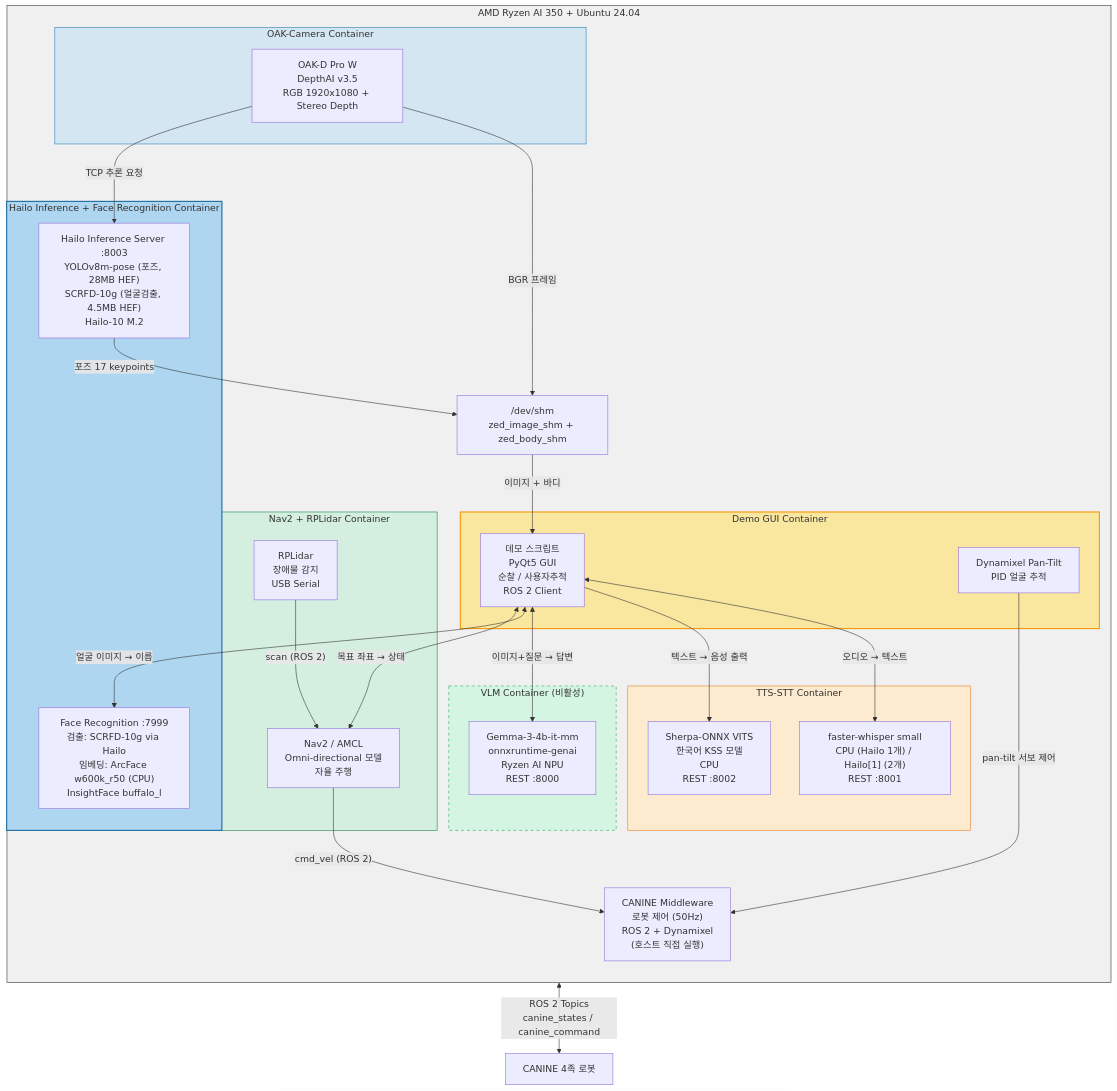
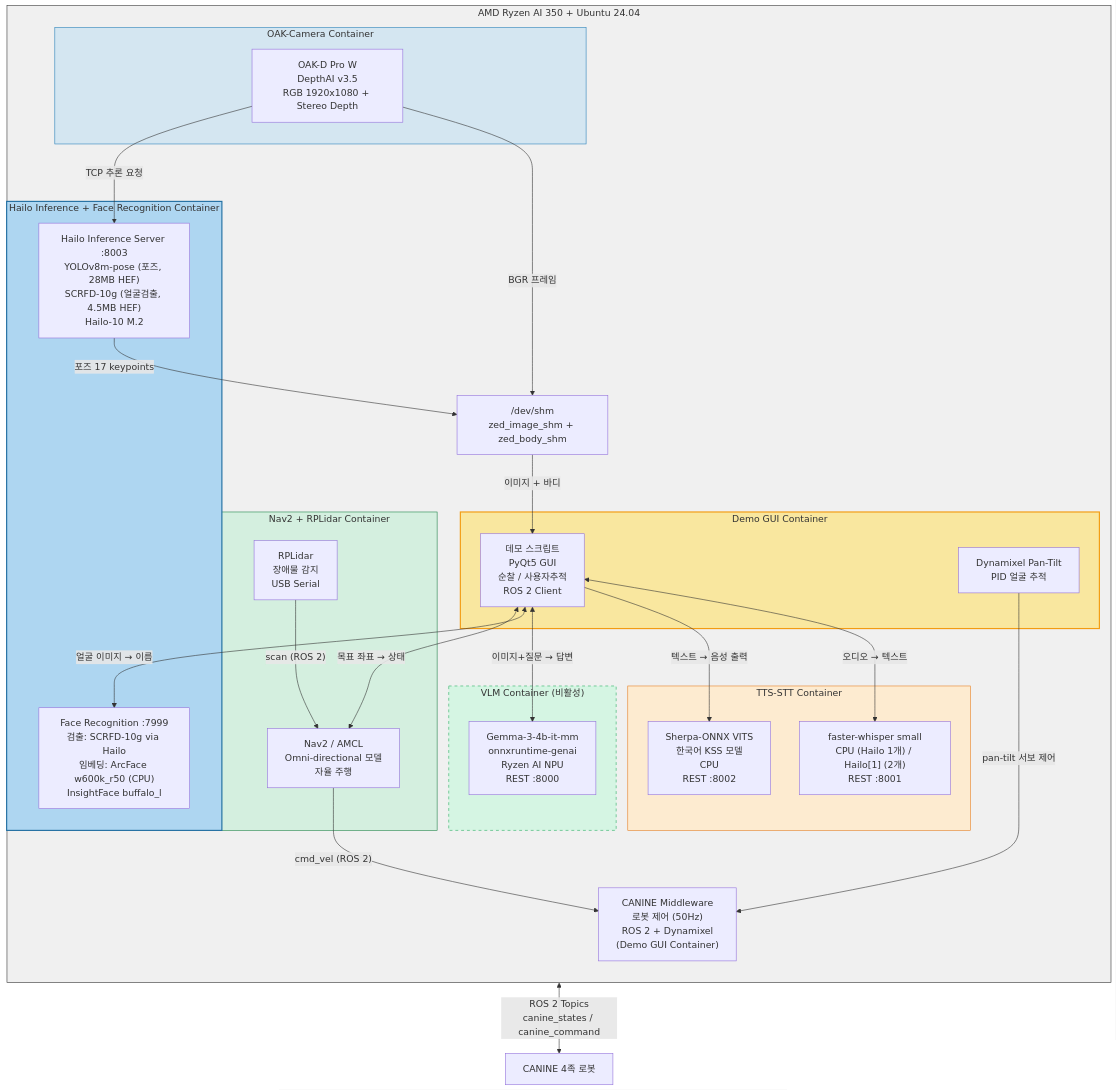
One commit to ETRI-OAC/ETRI-OAC-DEMO changed the diagram in README.md. Above: the diagram before and after it, drawn with Mermaid. The commit also changed other lines of this file and 1 other file, not shown here.

Commit message:
Revert: run CANINE middleware inside demo-gui container (not on host)

````diff
--- a/README.md
+++ b/README.md
@@ -5,62 +5,62 @@
 ```mermaid
 graph TB
     subgraph HOST["AMD Ryzen AI 350 + Ubuntu 24.04"]
         direction TB
 
         subgraph OAK["OAK-Camera Container"]
             CAM["OAK-D Pro W<br/>DepthAI v3.5<br/>RGB 1920x1080 + Stereo Depth"]
         end
 
         subgraph DEMO_C["Demo GUI Container"]
             DEMO["데모 스크립트<br/>PyQt5 GUI<br/>순찰 / 사용자추적<br/>ROS 2 Client"]
             PT["Dynamixel Pan-Tilt<br/>PID 얼굴 추적"]
         end
 
         subgraph HAILO_C["Hailo Inference + Face Recognition Container"]
             HAILO_SRV["Hailo Inference Server :8003<br/>YOLOv8m-pose (포즈, 28MB HEF)<br/>SCRFD-10g (얼굴검출, 4.5MB HEF)<br/>Hailo-10 M.2"]
             FACE["Face Recognition :7999<br/>검출: SCRFD-10g via Hailo<br/>임베딩: ArcFace w600k_r50 (CPU)<br/>InsightFace buffalo_l"]
         end
 
         subgraph NAV_C["Nav2 + RPLidar Container"]
             NAV["Nav2 / AMCL<br/>Omni-directional 모델<br/>자율 주행"]
             LIDAR["RPLidar<br/>장애물 감지<br/>USB Serial"]
         end
 
-        MW["CANINE Middleware<br/>로봇 제어 (50Hz)<br/>ROS 2 + Dynamixel<br/>(호스트 직접 실행)"]
+        MW["CANINE Middleware<br/>로봇 제어 (50Hz)<br/>ROS 2 + Dynamixel<br/>(Demo GUI Container)"]
 
         subgraph VLM_C["VLM Container (비활성)"]
             VLM["Gemma-3-4b-it-mm<br/>onnxruntime-genai<br/>Ryzen AI NPU<br/>REST :8000"]
         end
 
         subgraph TTS_C["TTS-STT Container"]
             STT["faster-whisper small<br/>CPU (Hailo 1개) / Hailo[1] (2개)<br/>REST :8001"]
             TTS["Sherpa-ONNX VITS<br/>한국어 KSS 모델<br/>CPU<br/>REST :8002"]
         end
 
         SHM["/dev/shm<br/>zed_image_shm + zed_body_shm"]
     end
 
     ROBOT["CANINE 4족 로봇"]
 
     CAM -->|"BGR 프레임"| SHM
     HAILO_SRV -->|"포즈 17 keypoints"| SHM
     CAM -->|"TCP 추론 요청"| HAILO_SRV
     SHM -->|"이미지 + 바디"| DEMO
     DEMO <-->|"오디오 → 텍스트"| STT
     DEMO -->|"텍스트 → 음성 출력"| TTS
     DEMO <-->|"이미지+질문 → 답변"| VLM
     DEMO <-->|"얼굴 이미지 → 이름"| FACE
     DEMO <-->|"목표 좌표 → 상태"| NAV
     MW <-->|"ROS 2 Topics<br/>canine_states / canine_command"| ROBOT
     LIDAR -->|"scan (ROS 2)"| NAV
     NAV -->|"cmd_vel (ROS 2)"| MW
     PT -->|"pan-tilt 서보 제어"| MW
 
     style HOST fill:#f0f0f0,stroke:#333
     style OAK fill:#d4e6f1,stroke:#2980b9
     style HAILO_C fill:#aed6f1,stroke:#2471a3,stroke-width:2px
     style NAV_C fill:#d4efdf,stroke:#1e8449
     style VLM_C fill:#d5f5e3,stroke:#27ae60,stroke-dasharray: 5 5
     style TTS_C fill:#fdebd0,stroke:#e67e22
     style DEMO_C fill:#f9e79f,stroke:#f39c12,stroke-width:2px
 ```
````
